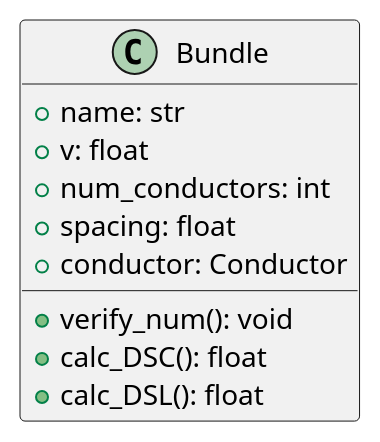
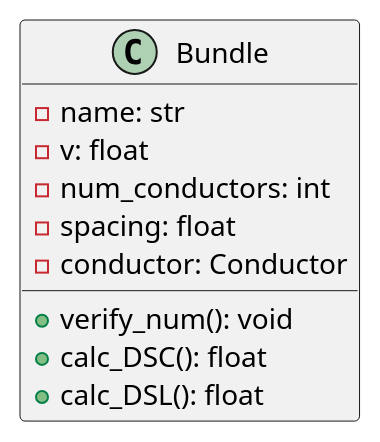
Before and after one commit to JLipnerPitt/ECE2774-ADV-POWER-SYSTEMS-ANALYSIS: the first of 10 diagrams in project2.plantuml, drawn with PlantUML. The commit also changed other lines of this file, not shown here.

```diff
--- a/project2.plantuml
+++ b/project2.plantuml
@@ -1,13 +1,13 @@
 @startuml Bundle
 class Bundle {
-    +name: str
-    +v: float
-    +num_conductors: int
-    +spacing: float
-    +conductor: Conductor
+    -name: str
+    -v: float
+    -num_conductors: int
+    -spacing: float
+    -conductor: Conductor
 
     +verify_num(): void
     +calc_DSC(): float
     +calc_DSL(): float
 }
 @enduml
```
